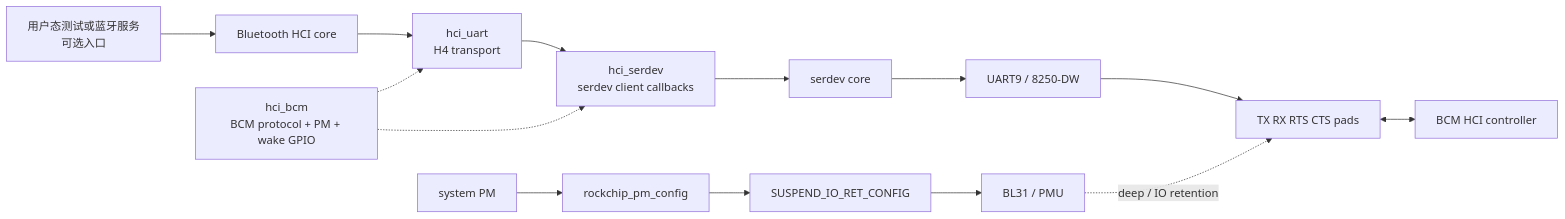
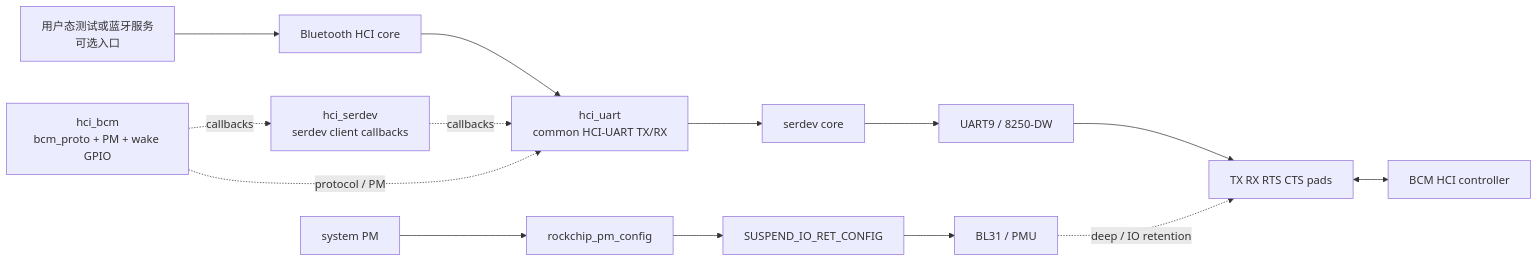
One commit to ArseneWg/dw-mmc-deep-dive changed the third of 12 diagrams in 07_bcm_bluetooth_deep_suspend_resume.md. Above: the diagram before and after it, drawn with Mermaid. The commit also changed other lines of this file, not shown here.

Commit message:
docs: correct BCM suspend resume code audit

```diff
--- a/07_bcm_bluetooth_deep_suspend_resume.md
+++ b/07_bcm_bluetooth_deep_suspend_resume.md
@@ -351,16 +360,16 @@
 ~~~mermaid
 flowchart LR
     APP[用户态测试或蓝牙服务<br/>可选入口] --> CORE[Bluetooth HCI core]
-    CORE --> HU[hci_uart<br/>H4 transport]
-    HU --> HS[hci_serdev<br/>serdev client callbacks]
-    HS --> SC[serdev core]
+    CORE --> HU[hci_uart<br/>common HCI-UART TX/RX]
+    HU --> SC[serdev core]
     SC --> UART[UART9 / 8250-DW]
     UART --> PAD[TX RX RTS CTS pads]
     PAD <--> BCM[BCM HCI controller]
-    HB[hci_bcm<br/>BCM protocol + PM + wake GPIO] -.-> HU
-    HB -.-> HS
+    HS[hci_serdev<br/>serdev client callbacks] -. callbacks .-> HU
+    HB[hci_bcm<br/>bcm_proto + PM + wake GPIO] -. protocol / PM .-> HU
+    HB -. callbacks .-> HS
     PM[system PM] --> RK[rockchip_pm_config]
     RK --> SMC[SUSPEND_IO_RET_CONFIG]
     SMC --> FW[BL31 / PMU]
     FW -. deep / IO retention .-> PAD
 ~~~
```
